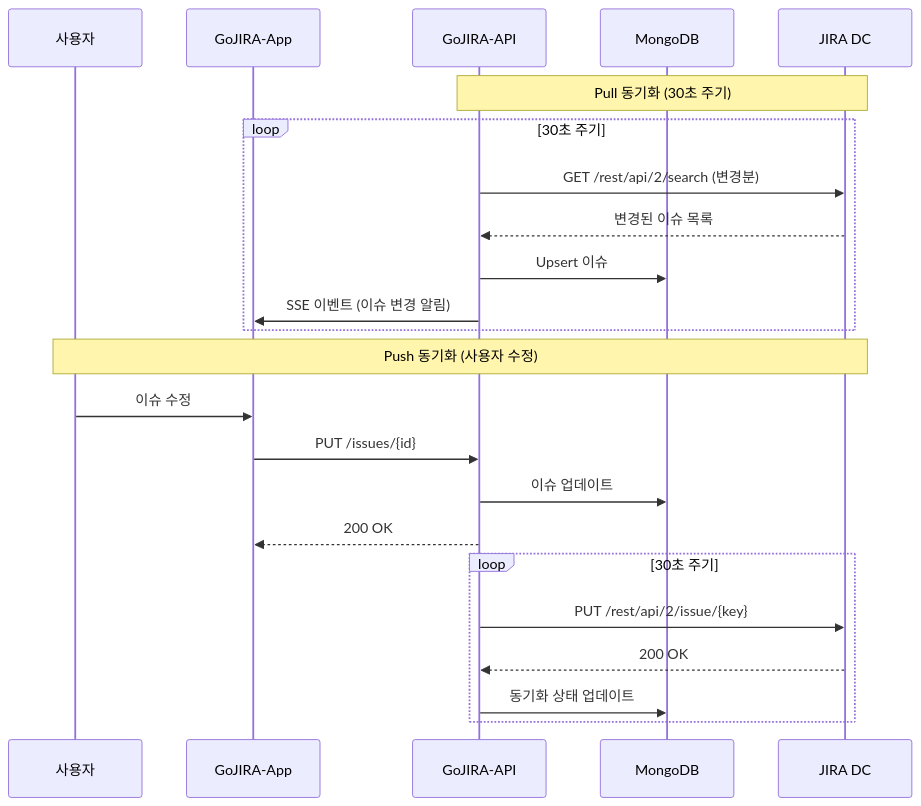
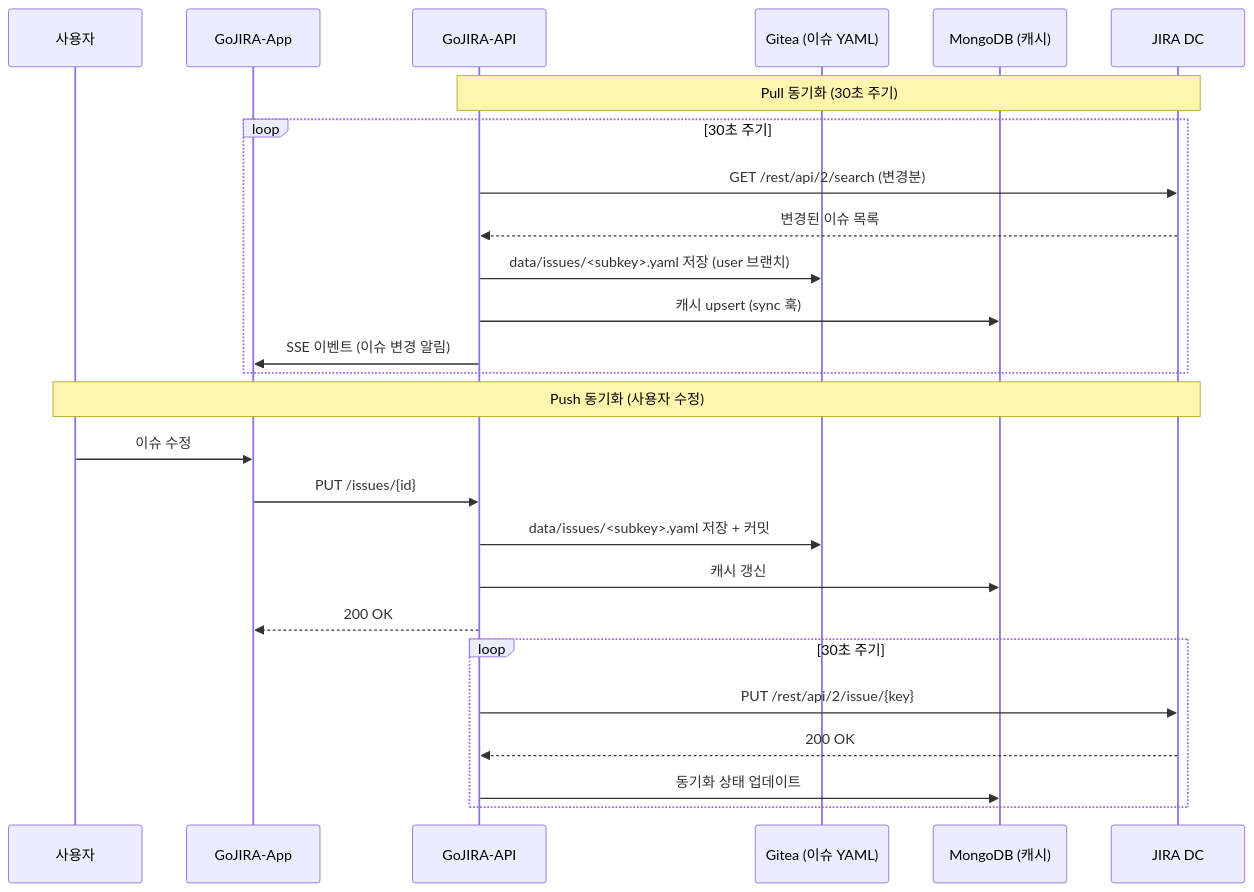
Before and after one commit to archi-duke/GoJIRA: the fourth of 7 diagrams in docs/requirements.md, drawn with Mermaid. The commit also changed other lines of this file and 4 other files, not shown here.

First line of the commit message:
이슈 저장소 Git(YAML) 전환 설계 반영

````diff
--- a/docs/requirements.md
+++ b/docs/requirements.md
@@ -443,27 +446,30 @@
 ```mermaid
 sequenceDiagram
     participant User as 사용자
     participant App as GoJIRA-App
     participant API as GoJIRA-API
-    participant DB as MongoDB
+    participant Git as Gitea (이슈 YAML)
+    participant DB as MongoDB (캐시)
     participant JIRA as JIRA DC
 
     Note over API,JIRA: Pull 동기화 (30초 주기)
     loop 30초 주기
         API->>JIRA: GET /rest/api/2/search (변경분)
         JIRA-->>API: 변경된 이슈 목록
-        API->>DB: Upsert 이슈
+        API->>Git: data/issues/<subkey>.yaml 저장 (user 브랜치)
+        API->>DB: 캐시 upsert (sync 훅)
         API->>App: SSE 이벤트 (이슈 변경 알림)
     end
 
     Note over User,JIRA: Push 동기화 (사용자 수정)
     User->>App: 이슈 수정
     App->>API: PUT /issues/{id}
-    API->>DB: 이슈 업데이트
+    API->>Git: data/issues/<subkey>.yaml 저장 + 커밋
+    API->>DB: 캐시 갱신
     API-->>App: 200 OK
     loop 30초 주기
         API->>JIRA: PUT /rest/api/2/issue/{key}
         JIRA-->>API: 200 OK
         API->>DB: 동기화 상태 업데이트
     end
 ```
````
